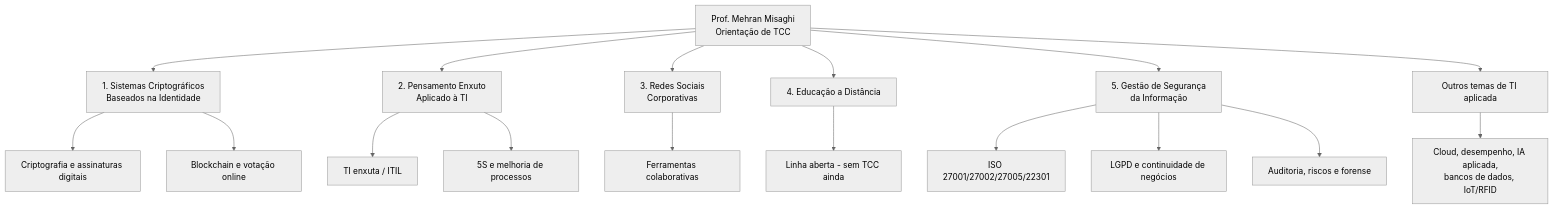
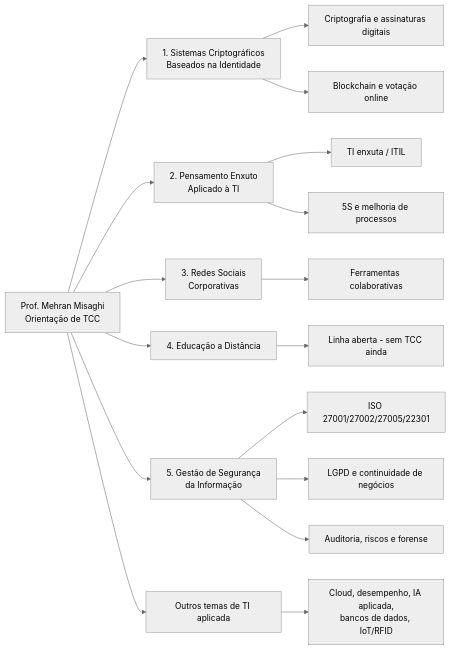
One commit to mehranmisaghi/orientacoes changed the diagram in linhas-de-pesquisa-graduacao-tcc.md. Above: the diagram before and after it, drawn with Mermaid (neutral theme).

````diff
--- a/linhas-de-pesquisa-graduacao-tcc.md
+++ b/linhas-de-pesquisa-graduacao-tcc.md
@@ -10,25 +10,25 @@
 ```mermaid
-flowchart TD
+flowchart LR
     A[Prof. Mehran Misaghi<br/>Orientação de TCC] --> L1[1. Sistemas Criptográficos<br/>Baseados na Identidade]
     A --> L2[2. Pensamento Enxuto<br/>Aplicado à TI]
     A --> L3[3. Redes Sociais<br/>Corporativas]
     A --> L4[4. Educação a Distância]
     A --> L5[5. Gestão de Segurança<br/>da Informação]
     A --> L6[Outros temas de TI aplicada]
 
     L1 --> L1a[Criptografia e assinaturas digitais]
     L1 --> L1b[Blockchain e votação online]
 
     L2 --> L2a[TI enxuta / ITIL]
     L2 --> L2b[5S e melhoria de processos]
 
     L3 --> L3a[Ferramentas colaborativas]
 
     L4 --> L4a[Linha aberta - sem TCC ainda]
 
     L5 --> L5a[ISO 27001/27002/27005/22301]
     L5 --> L5b[LGPD e continuidade de negócios]
     L5 --> L5c[Auditoria, riscos e forense]
 
     L6 --> L6a[Cloud, desempenho, IA aplicada,<br/>bancos de dados, IoT/RFID]
 ```
````
